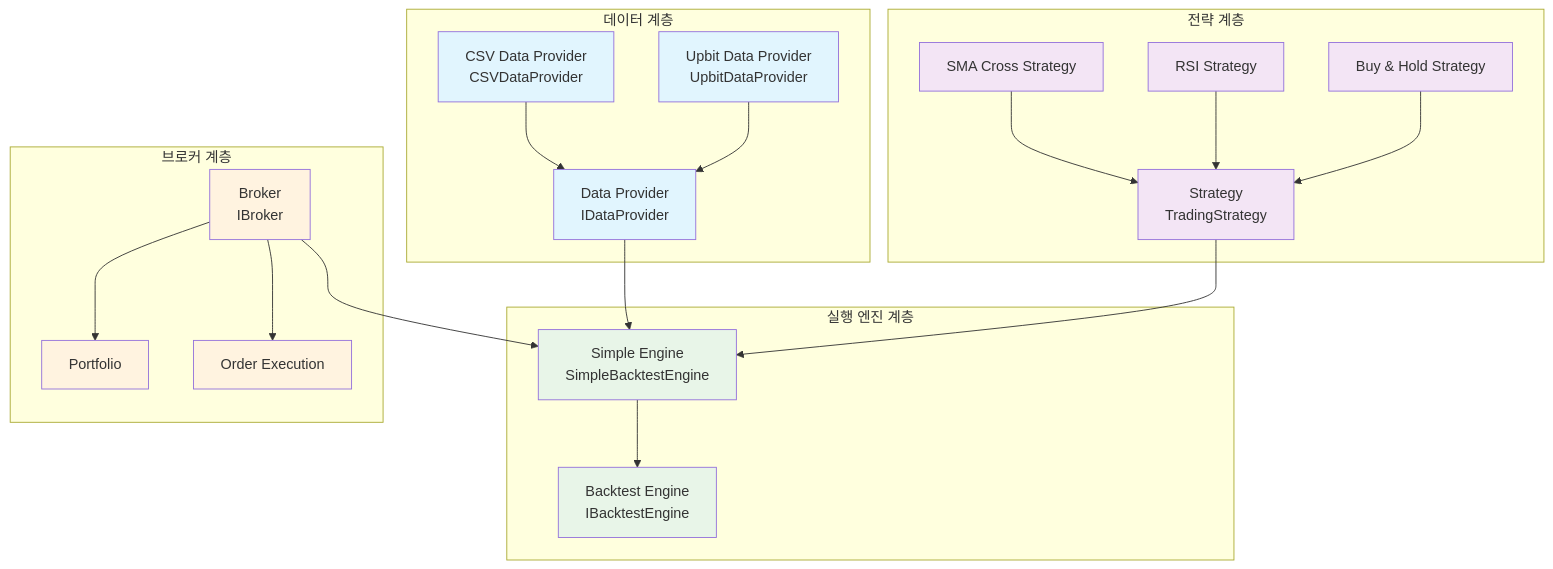
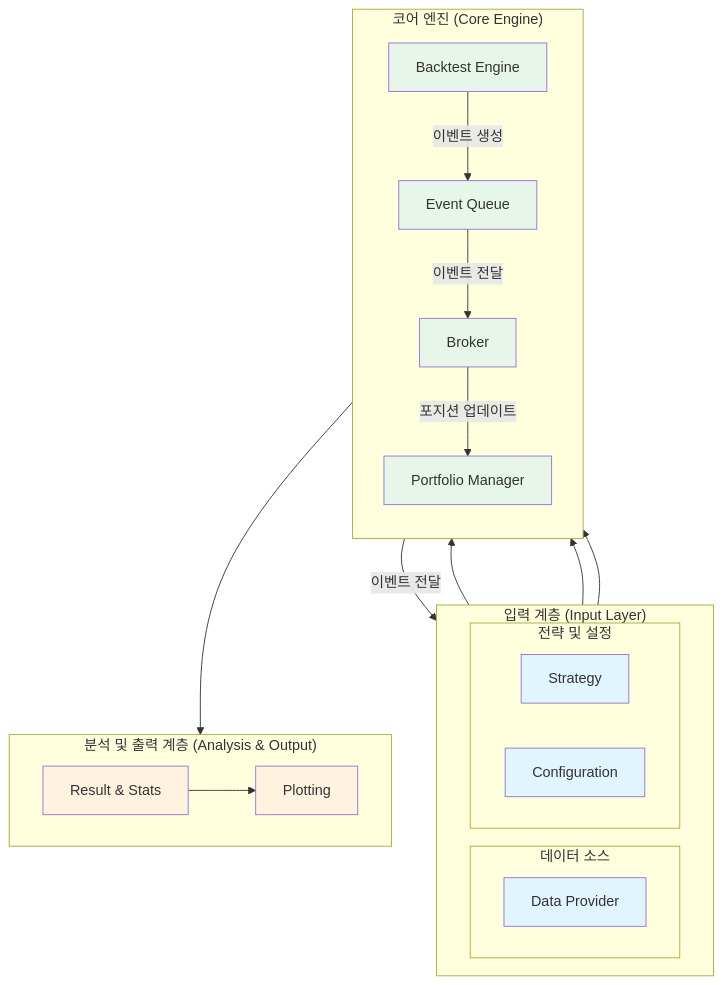
One commit to Lazydok/quantbt changed the diagram in README.md. Above: the diagram before and after it, drawn with Mermaid. The commit also changed other lines of this file and 36 other files, not shown here.

````diff
--- a/README.md
+++ b/README.md
@@ -21,48 +21,46 @@
 ```mermaid
-graph TB
-    subgraph "데이터 계층"
-        DP[Data Provider<br/>IDataProvider]
-        CSV[CSV Data Provider<br/>CSVDataProvider]
-        UB[Upbit Data Provider<br/>UpbitDataProvider]
-        CSV --> DP
-        UB --> DP
+graph TD
+    subgraph "입력 계층 (Input Layer)"
+        direction LR
+        subgraph "데이터 소스"
+            DP[Data Provider]
+        end
+        subgraph "전략 및 설정"
+            ST[Strategy]
+            CF[Configuration]
+        end
     end
+
+    subgraph "코어 엔진 (Core Engine)"
+        direction TB
+        BE[Backtest Engine]
+        EV[Event Queue]
+        BR[Broker]
+        PM[Portfolio Manager]
+        
+        BE --"이벤트 생성"--> EV
+        EV --"이벤트 전달"--> ST
+        EV --"이벤트 전달"--> BR
+        BR --"포지션 업데이트"--> PM
+    end
+
+    subgraph "분석 및 출력 계층 (Analysis & Output)"
+        direction LR
+        RP[Result & Stats]
+        PL[Plotting]
+    end
+
+    DP --> BE
+    ST --> BE
+    CF --> BE
+    BE --> RP
+    RP --> PL
+
+    classDef input fill:#e1f5fe
+    classDef core fill:#e8f5e9
+    classDef output fill:#fff3e0
     
-    subgraph "전략 계층"
-        ST[Strategy<br/>TradingStrategy]
-        SMA[SMA Cross Strategy]
-        RSI[RSI Strategy]
-        BH[Buy & Hold Strategy]
-        SMA --> ST
-        RSI --> ST
-        BH --> ST
-    end
-    
-    subgraph "실행 엔진 계층"
-        BE[Backtest Engine<br/>IBacktestEngine]
-        SE[Simple Engine<br/>SimpleBacktestEngine]
-        SE --> BE
-    end
-    
-    subgraph "브로커 계층"
-        BR[Broker<br/>IBroker]
-        PT[Portfolio]
-        OR[Order Execution]
-        BR --> PT
-        BR --> OR
-    end
-    
-    DP --> SE
-    ST --> SE
-    BR --> SE
-    
-    classDef dataClass fill:#e1f5fe
-    classDef strategyClass fill:#f3e5f5
-    classDef engineClass fill:#e8f5e8
-    classDef brokerClass fill:#fff3e0
-    
-    class DP,CSV,UB dataClass
-    class ST,SMA,RSI,BH strategyClass
-    class BE,SE engineClass
-    class BR,PT,OR brokerClass
+    class DP,ST,CF input
+    class BE,EV,BR,PM core
+    class RP,PL output
 ```
````
